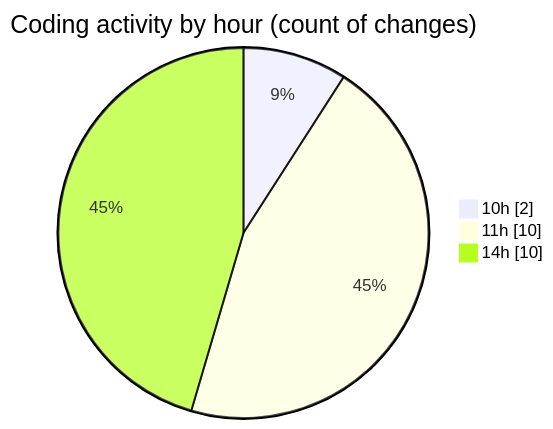
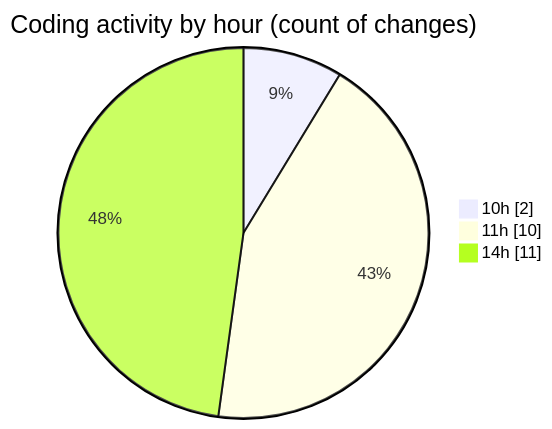
The second of 2 diagrams in 2025-06-02/studio-backend/README.md (idhammustaqopulfikri/code-tracking), drawn with Mermaid before and after one commit. The commit also changed other lines of this file and 1 other file, not shown here.

````diff
--- a/2025-06-02/studio-backend/README.md
+++ b/2025-06-02/studio-backend/README.md
@@ -36,7 +36,7 @@
 ```mermaid
 pie showData
 title Coding activity by hour (count of changes)
 "10h" : 2
 "11h" : 10
-"14h" : 10
+"14h" : 11
 ```
````
